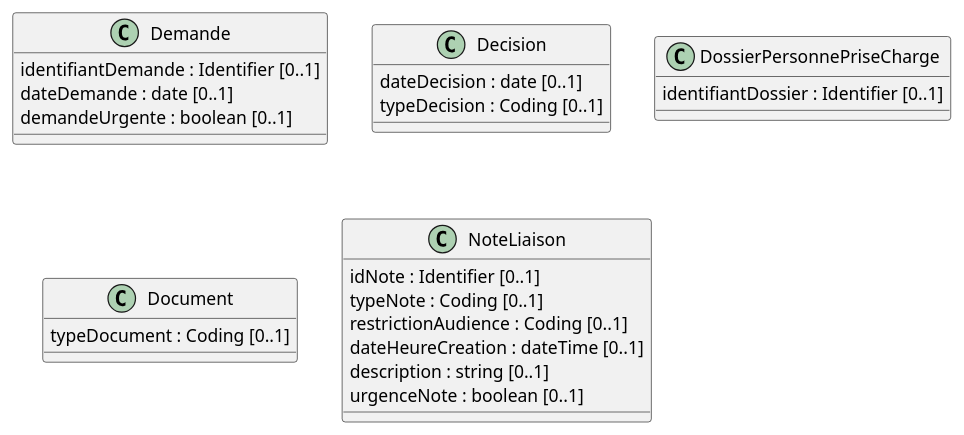
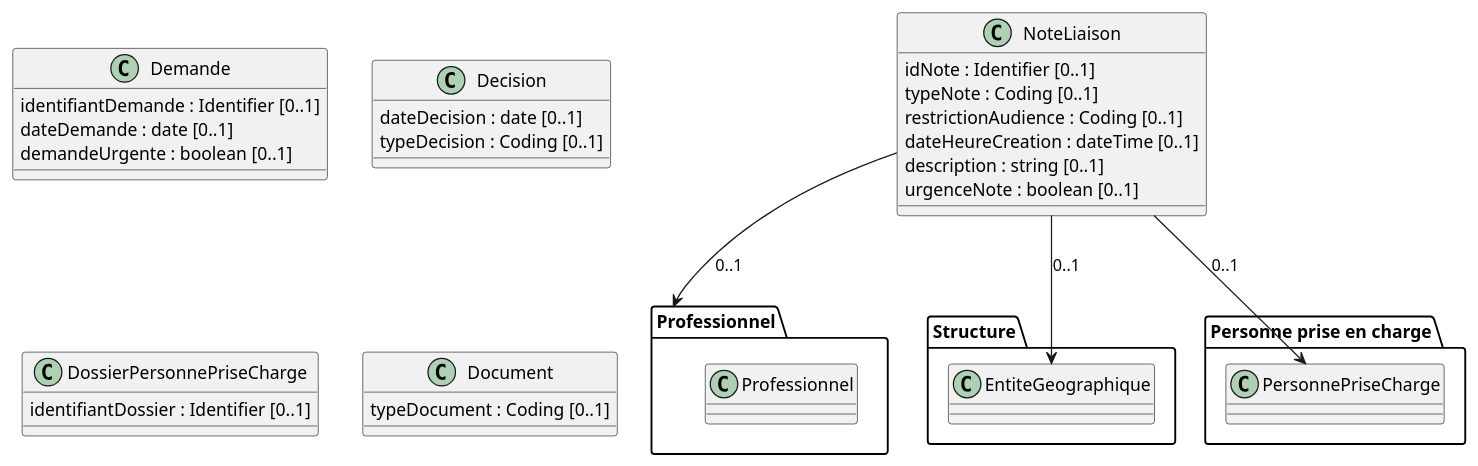
Before and after one commit to ansforge/IG-modele-objets-sante: the diagram in input/images-source/Dossier.plantuml, drawn with PlantUML. The commit also changed 53 other files, not shown here.

Commit message:
Diagramme avec Références

```diff
--- a/input/images-source/Dossier.plantuml
+++ b/input/images-source/Dossier.plantuml
@@ -1,32 +1,47 @@
 @startuml
 
 Class Demande {
   identifiantDemande : Identifier [0..1]
   dateDemande : date [0..1]
   demandeUrgente : boolean [0..1]
 }
 
 Class Decision {
   dateDecision : date [0..1]
   typeDecision : Coding [0..1]
 }
 
 Class DossierPersonnePriseCharge {
   identifiantDossier : Identifier [0..1]
 }
 
 Class Document {
   typeDocument : Coding [0..1]
 }
 
 Class NoteLiaison {
   idNote : Identifier [0..1]
   typeNote : Coding [0..1]
   restrictionAudience : Coding [0..1]
   dateHeureCreation : dateTime [0..1]
   description : string [0..1]
   urgenceNote : boolean [0..1]
 }
 
 
+package "Professionnel" {
+  Class Professionnel
+}
+
+package "Structure" {
+  Class EntiteGeographique
+}
+
+package "Personne prise en charge" {
+  Class PersonnePriseCharge
+}
+NoteLiaison --> Professionnel : 0..1
+NoteLiaison --> EntiteGeographique : 0..1
+NoteLiaison --> PersonnePriseCharge : 0..1
+
 @enduml
```
